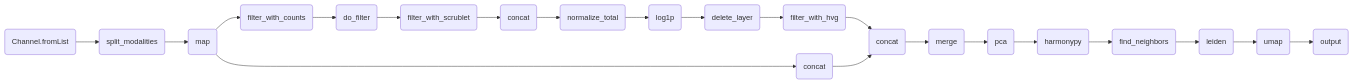
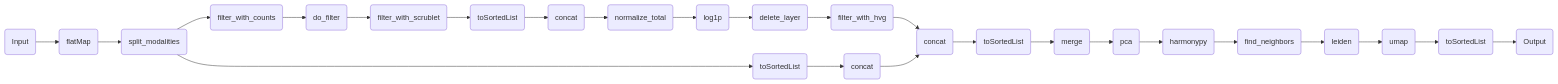
The diagram in components/workflow_multiomics_full_pipeline.qmd (openpipelines-bio/website), drawn with Mermaid before and after one commit. The commit also changed 6 other files, not shown here.

Commit message:
update pipeline graphs

````diff
--- a/components/workflow_multiomics_full_pipeline.qmd
+++ b/components/workflow_multiomics_full_pipeline.qmd
@@ -43,45 +43,53 @@
 ```{mermaid}
 %%| column: screen-inset-shaded
 flowchart LR
-    p0(Channel.fromList)
+    p0(Input)
+    p2(flatMap)
     p10(split_modalities)
-    p12(map)
     p19(filter_with_counts)
     p26(do_filter)
     p34(filter_with_scrublet)
+    p38(toSortedList)
     p46(concat)
     p53(normalize_total)
     p60(log1p)
     p67(delete_layer)
     p75(filter_with_hvg)
     p89(concat)
+    p80(toSortedList)
     p86(concat)
+    p90(toSortedList)
     p96(merge)
     p105(pca)
     p113(harmonypy)
     p121(find_neighbors)
     p128(leiden)
     p136(umap)
-    p142(output)
-    p0-->p10
-    p10-->p12
-    p12-->p19
+    p140(toSortedList)
+    p142(Output)
+    p89-->p90
+    p0-->p2
+    p2-->p10
+    p10-->p19
     p19-->p26
     p26-->p34
-    p34-->p46
+    p34-->p38
+    p38-->p46
     p46-->p53
     p53-->p60
     p60-->p67
     p67-->p75
     p75-->p89
-    p12-->p86
+    p10-->p80
+    p80-->p86
     p86-->p89
-    p89-->p96
+    p90-->p96
     p96-->p105
     p105-->p113
     p113-->p121
     p121-->p128
     p128-->p136
-    p136-->p142
+    p136-->p140
+    p140-->p142
 
 ```
````
